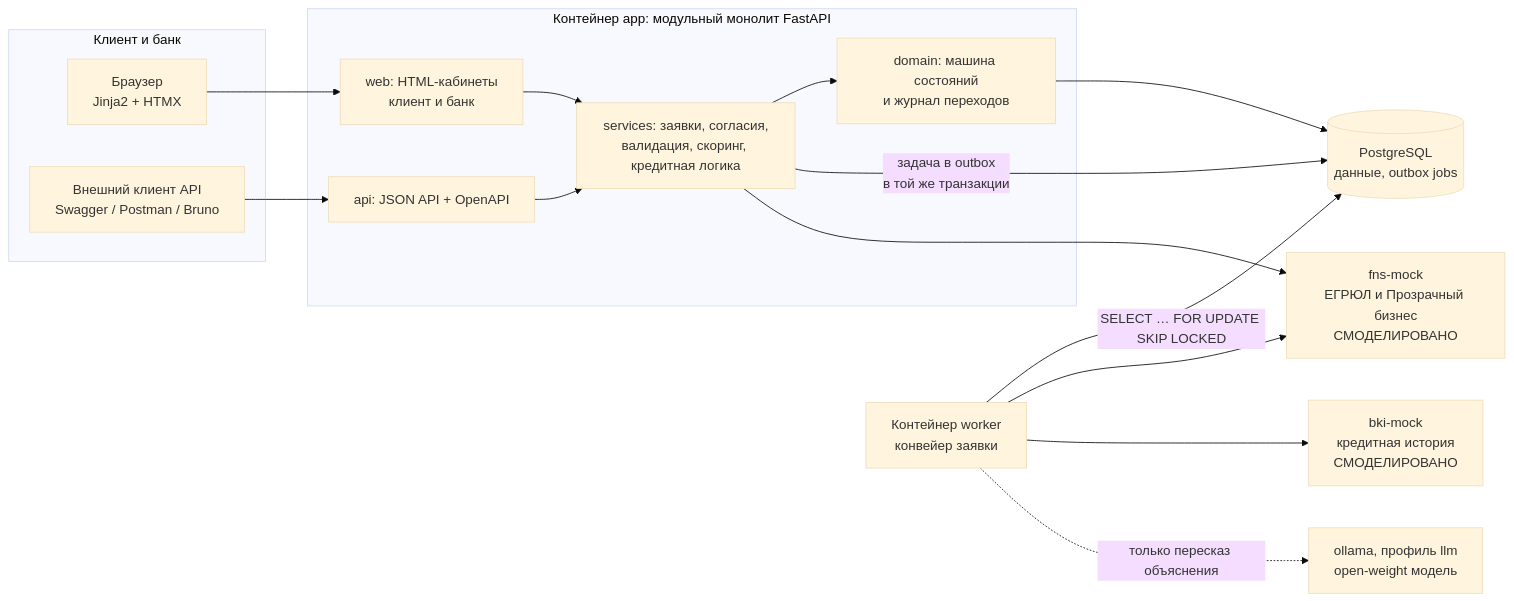
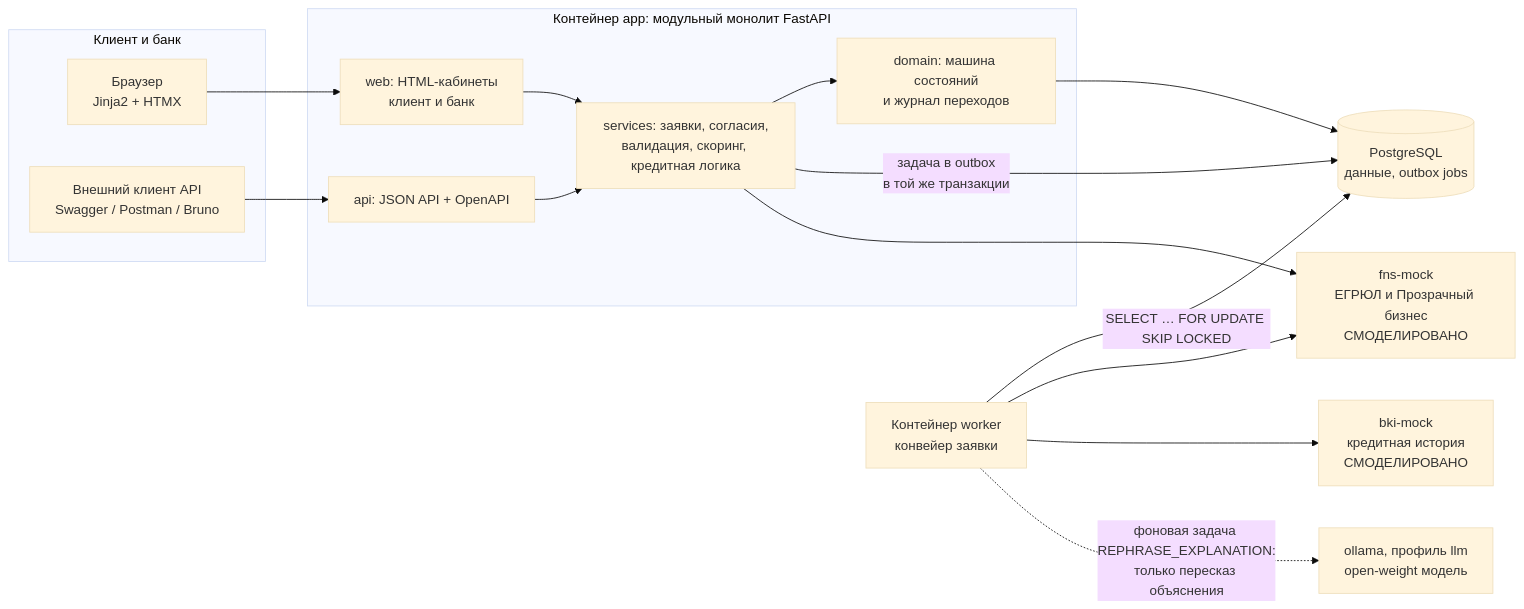
Before and after one commit to AndreY-ru/kreditnyi-kabinet: the first of 4 diagrams in docs/architecture.md, drawn with Mermaid (base theme). The commit also changed other lines of this file and 2 other files, not shown here.

````diff
--- a/docs/architecture.md
+++ b/docs/architecture.md
@@ -5,28 +5,28 @@
 ```mermaid
 flowchart LR
     subgraph Клиент и банк
         B[Браузер<br/>Jinja2 + HTMX]
         API[Внешний клиент API<br/>Swagger / Postman / Bruno]
     end
     subgraph app [Контейнер app: модульный монолит FastAPI]
         WEB[web: HTML-кабинеты<br/>клиент и банк]
         REST[api: JSON API + OpenAPI]
         SVC[services: заявки, согласия,<br/>валидация, скоринг, кредитная логика]
         SM[domain: машина состояний<br/>и журнал переходов]
     end
     W[Контейнер worker<br/>конвейер заявки]
     DB[(PostgreSQL<br/>данные, outbox jobs)]
     FNS[fns-mock<br/>ЕГРЮЛ и Прозрачный бизнес<br/>СМОДЕЛИРОВАНО]
     BKI[bki-mock<br/>кредитная история<br/>СМОДЕЛИРОВАНО]
     LLM[ollama, профиль llm<br/>open-weight модель]
 
     B --> WEB --> SVC
     API --> REST --> SVC
     SVC --> SM --> DB
     SVC -- "задача в outbox<br/>в той же транзакции" --> DB
     W -- "SELECT … FOR UPDATE SKIP LOCKED" --> DB
     W --> FNS
     W --> BKI
-    W -. "только пересказ объяснения" .-> LLM
+    W -. "фоновая задача REPHRASE_EXPLANATION:<br/>только пересказ объяснения" .-> LLM
     SVC --> FNS
 ```
````
